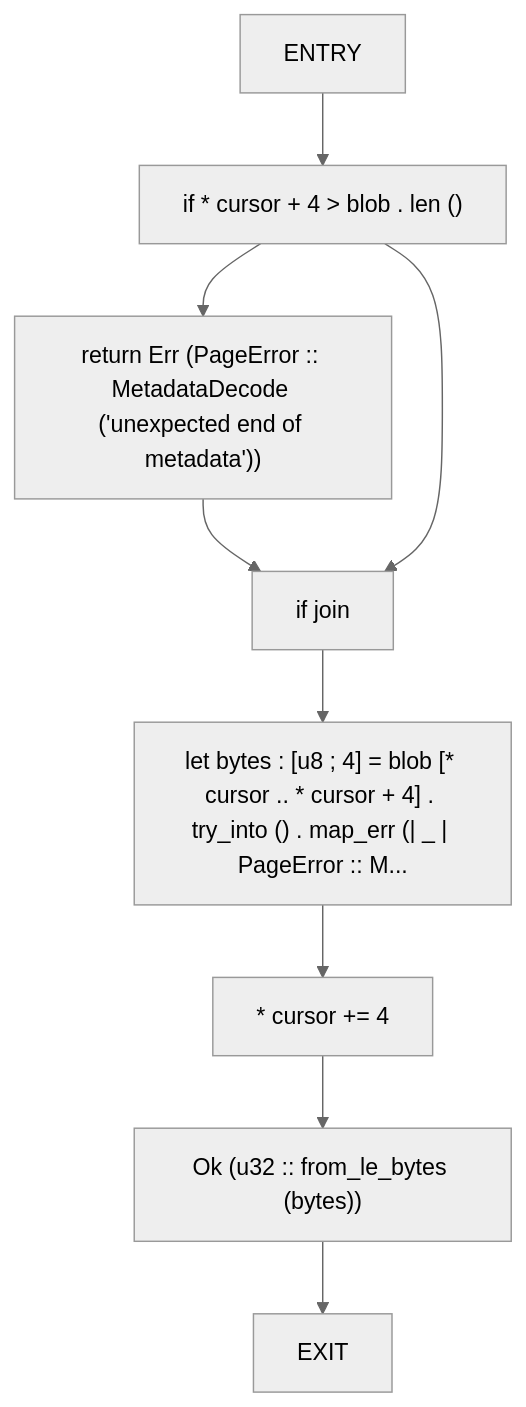
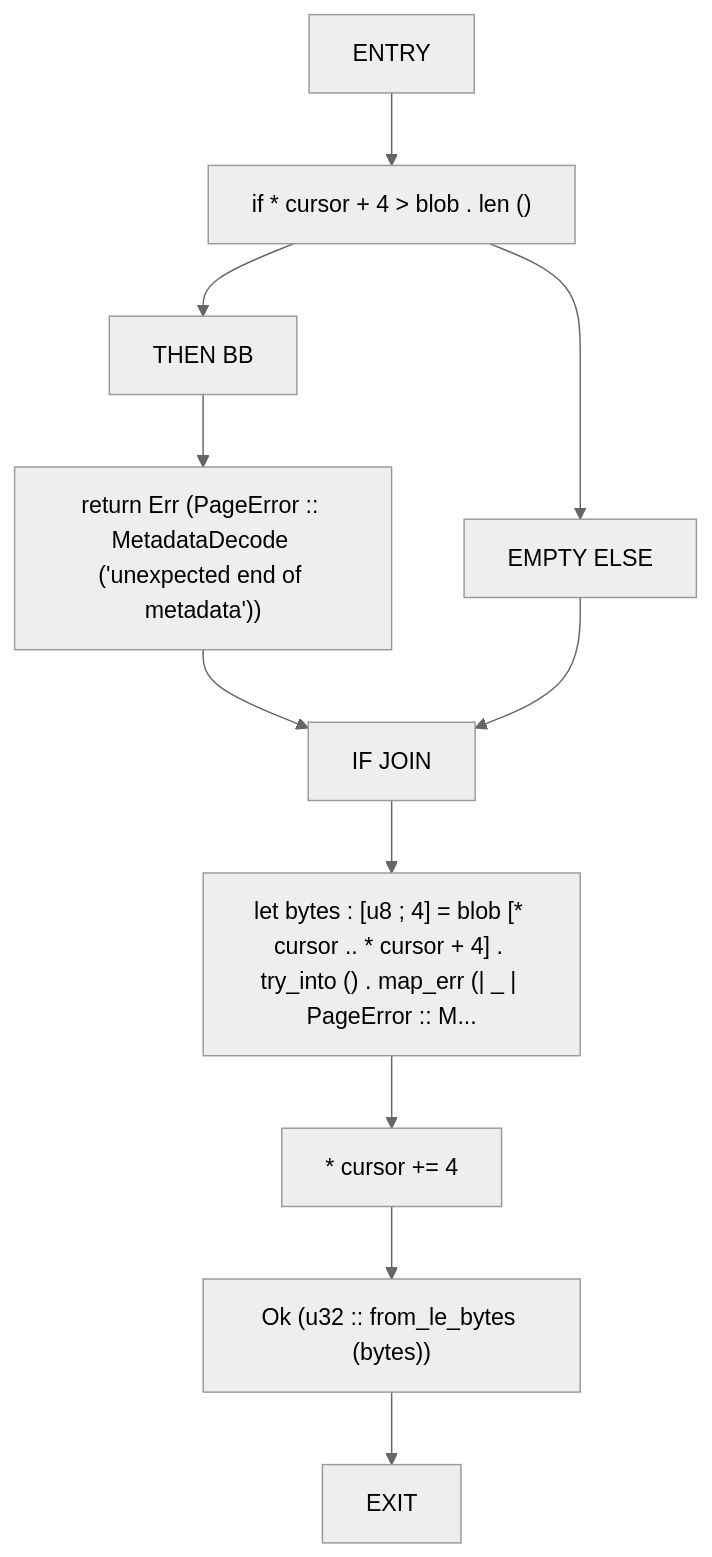
Diagram 27 of 40 in docs/analysis/cfg/010-src-01_page.md (cicero-violate/MMSB), drawn with Mermaid (neutral theme) before and after one commit. The commit also changed other lines of this file and 865 other files, not shown here.

````diff
--- a/docs/analysis/cfg/010-src-01_page.md
+++ b/docs/analysis/cfg/010-src-01_page.md
@@ -1186,19 +862,23 @@
 ```mermaid
 flowchart TD
     read_u32_0["ENTRY"]
     read_u32_1["if * cursor + 4 > blob . len ()"]
-    read_u32_2["return Err (PageError :: MetadataDecode ('unexpected end of metadata'))"]
-    read_u32_3["if join"]
-    read_u32_4["let bytes : [u8 ; 4] = blob [* cursor .. * cursor + 4] . try_into () . map_err (| _ | PageError :: M..."]
-    read_u32_5["* cursor += 4"]
-    read_u32_6["Ok (u32 :: from_le_bytes (bytes))"]
-    read_u32_7["EXIT"]
+    read_u32_2["THEN BB"]
+    read_u32_3["return Err (PageError :: MetadataDecode ('unexpected end of metadata'))"]
+    read_u32_4["EMPTY ELSE"]
+    read_u32_5["IF JOIN"]
+    read_u32_6["let bytes : [u8 ; 4] = blob [* cursor .. * cursor + 4] . try_into () . map_err (| _ | PageError :: M..."]
+    read_u32_7["* cursor += 4"]
+    read_u32_8["Ok (u32 :: from_le_bytes (bytes))"]
+    read_u32_9["EXIT"]
     read_u32_0 --> read_u32_1
     read_u32_1 --> read_u32_2
     read_u32_2 --> read_u32_3
-    read_u32_1 --> read_u32_3
-    read_u32_3 --> read_u32_4
+    read_u32_1 --> read_u32_4
+    read_u32_3 --> read_u32_5
     read_u32_4 --> read_u32_5
     read_u32_5 --> read_u32_6
     read_u32_6 --> read_u32_7
+    read_u32_7 --> read_u32_8
+    read_u32_8 --> read_u32_9
 ```
````
